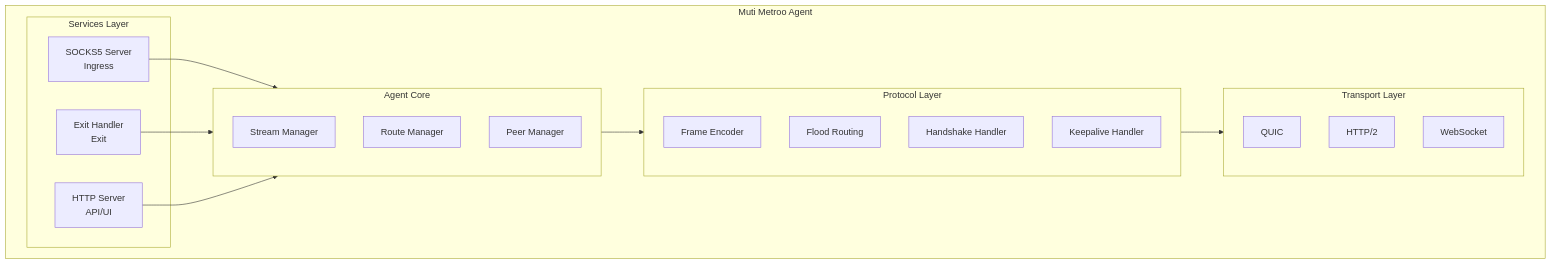
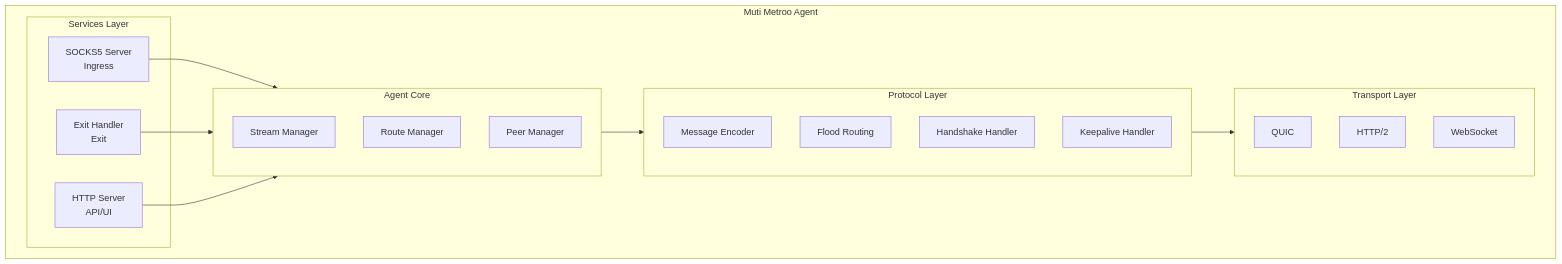
Before and after one commit to postalsys/Muti-Metroo: the first of 4 diagrams in docs/docs/concepts/architecture.md, drawn with Mermaid. The commit also changed other lines of this file and 9 other files, not shown here.

````diff
--- a/docs/docs/concepts/architecture.md
+++ b/docs/docs/concepts/architecture.md
@@ -24,35 +24,35 @@
 ```mermaid
 flowchart TB
     subgraph Agent[Muti Metroo Agent]
         subgraph Services[Services Layer]
             SOCKS5[SOCKS5 Server<br/>Ingress]
             Exit[Exit Handler<br/>Exit]
             HTTP[HTTP Server<br/>API/UI]
         end
 
         subgraph Core[Agent Core]
             Stream[Stream Manager]
             Route[Route Manager]
             Peer[Peer Manager]
         end
 
         subgraph Protocol[Protocol Layer]
-            Frame[Frame Encoder]
+            Encoder[Message Encoder]
             Flood[Flood Routing]
             Handshake[Handshake Handler]
             Keepalive[Keepalive Handler]
         end
 
         subgraph Transport[Transport Layer]
             QUIC[QUIC]
             H2[HTTP/2]
             WS[WebSocket]
         end
 
         SOCKS5 --> Core
         Exit --> Core
         HTTP --> Core
         Core --> Protocol
         Protocol --> Transport
     end
 ```
````
